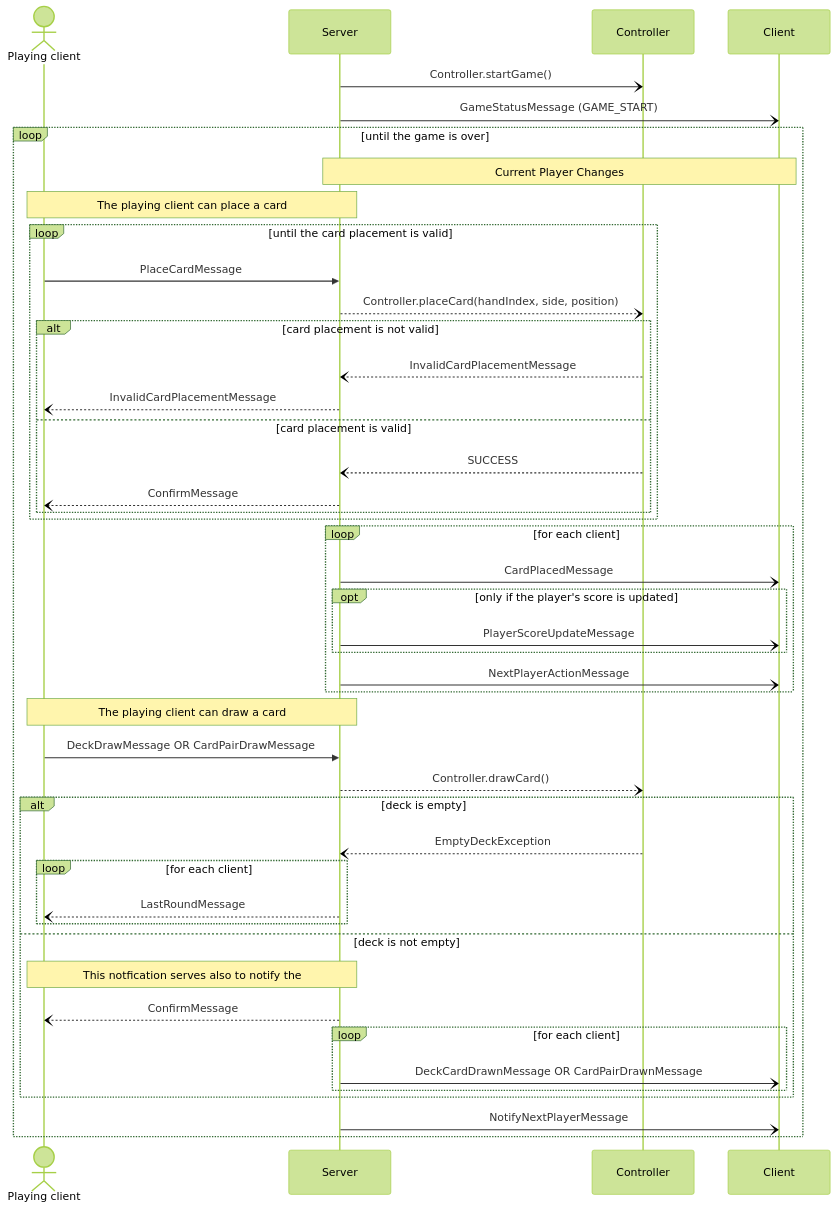
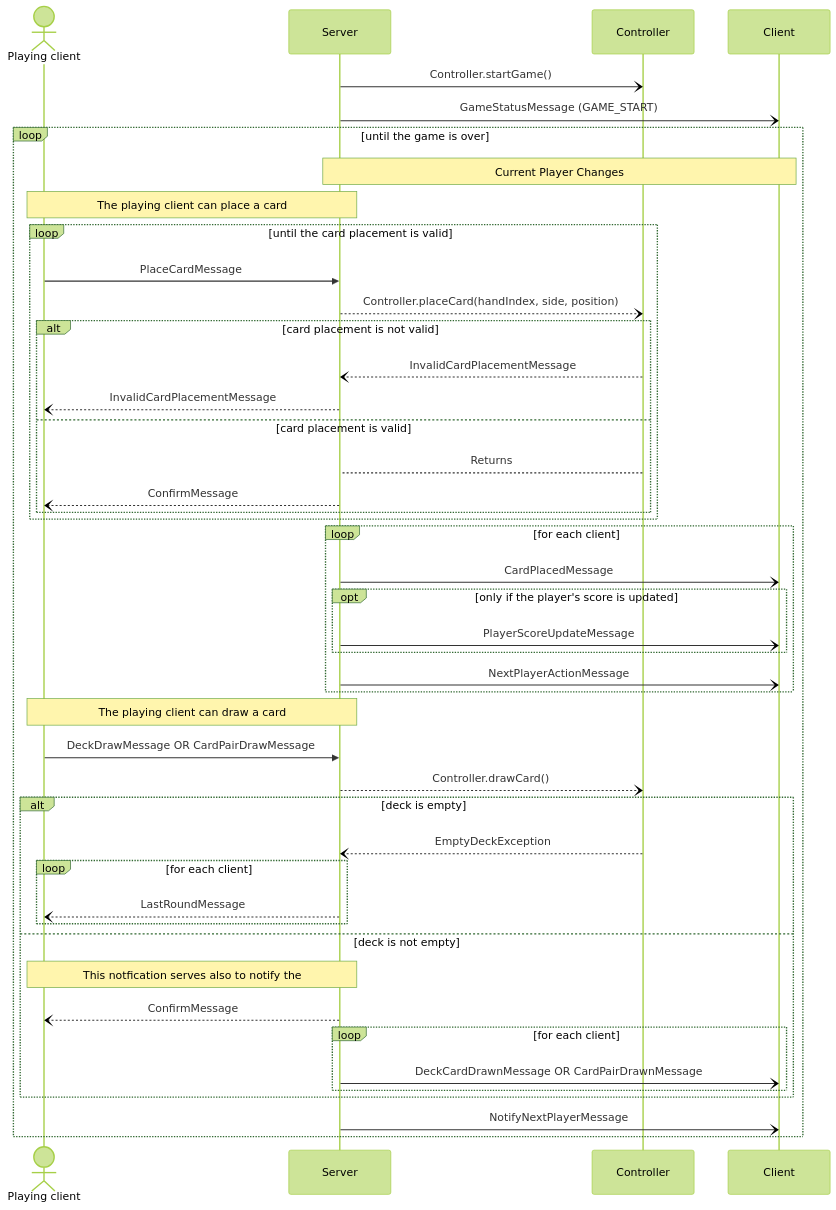
One commit to frephs/IS24-AM21 changed the fourth of 6 diagrams in documentation_wip/network_protocol.md. Above: the diagram before and after it, drawn with Mermaid (forest theme).

````diff
--- a/documentation_wip/network_protocol.md
+++ b/documentation_wip/network_protocol.md
@@ -203,51 +203,51 @@
 ```mermaid
 sequenceDiagram
     actor Playing client
     Server -) Controller: Controller.startGame()
     Server -) Client : GameStatusMessage (GAME_START) 
 
     loop until the game is over
         # New turn 
         Note over Server,Client: Current Player Changes
         
         # Place card  
         Note over Playing client,Server: The playing client can place a card  
         loop until the card placement is valid
             Playing client ->> Server : PlaceCardMessage
             Server --) Controller: Controller.placeCard(handIndex, side, position)
             alt card placement is not valid
                 Controller --) Server: InvalidCardPlacementMessage
                 Server --) Playing client : InvalidCardPlacementMessage
             else card placement is valid
-                Controller --) Server: SUCCESS
+                Controller --> Server: Returns
                 Server --) Playing client : ConfirmMessage
             end
         end
         loop for each client
             Server -) Client : CardPlacedMessage
             opt only if the player's score is updated
                 Server -) Client : PlayerScoreUpdateMessage
             end
             Server -) Client : NextPlayerActionMessage
         end 
         
 
         # Draw card 
         Note over Playing client,Server: The playing client can draw a card
         Playing client ->> Server : DeckDrawMessage OR CardPairDrawMessage
         Server --) Controller: Controller.drawCard()
         alt deck is empty
             Controller --) Server: EmptyDeckException
             loop for each client
                 Server --) Playing client : LastRoundMessage
             end
         else deck is not empty
             Note over Playing client,Server: This notfication serves also to notify the
             Server --) Playing client : ConfirmMessage
             loop for each client
                 Server -) Client : DeckCardDrawnMessage OR CardPairDrawnMessage
             end
         end
         Server -) Client : NotifyNextPlayerMessage
     end
 ```
````
